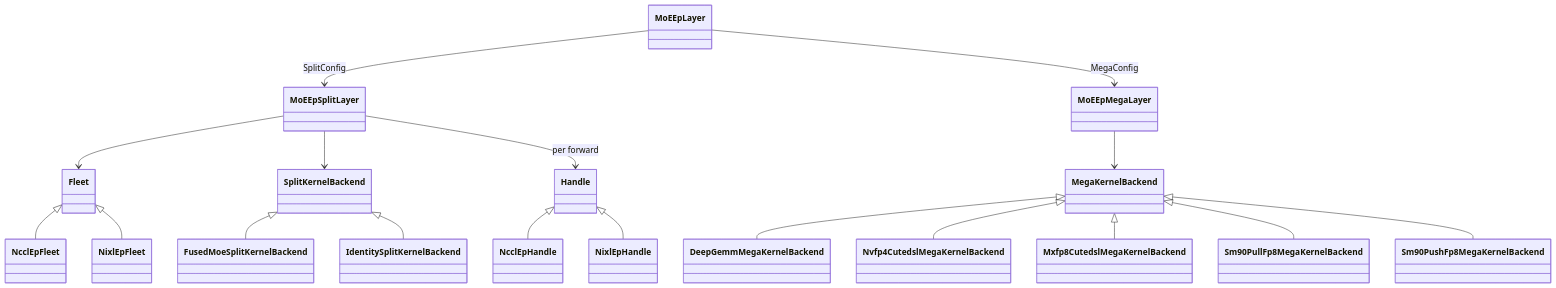
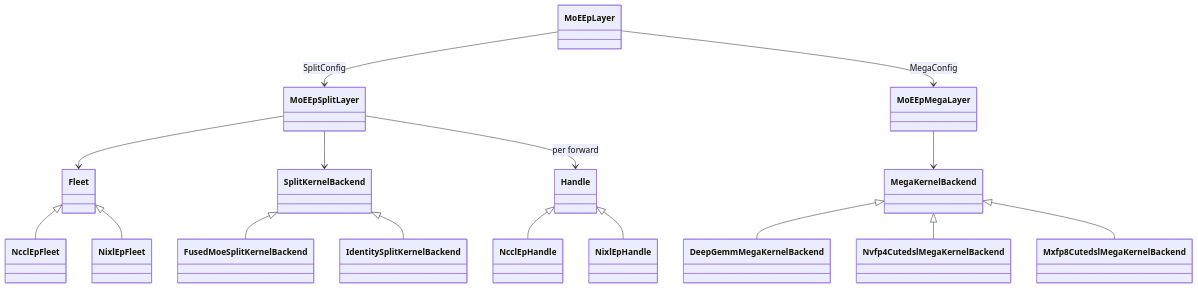
The first of 3 diagrams in docs/design_docs/moe_ep_architecture.md (flashinfer-ai/flashinfer), drawn with Mermaid before and after one commit. The commit also changed other lines of this file and 6 other files, not shown here.

````diff
--- a/docs/design_docs/moe_ep_architecture.md
+++ b/docs/design_docs/moe_ep_architecture.md
@@ -70,26 +67,24 @@
 ```mermaid
 classDiagram
     direction TB
 
     MoEEpLayer --> MoEEpSplitLayer : SplitConfig
     MoEEpLayer --> MoEEpMegaLayer : MegaConfig
 
     MoEEpSplitLayer --> Fleet
     MoEEpSplitLayer --> SplitKernelBackend
     MoEEpSplitLayer --> Handle : per forward
 
     MoEEpMegaLayer --> MegaKernelBackend
 
     Fleet <|-- NcclEpFleet
     Fleet <|-- NixlEpFleet
     Handle <|-- NcclEpHandle
     Handle <|-- NixlEpHandle
 
     SplitKernelBackend <|-- FusedMoeSplitKernelBackend
     SplitKernelBackend <|-- IdentitySplitKernelBackend
     MegaKernelBackend <|-- DeepGemmMegaKernelBackend
     MegaKernelBackend <|-- Nvfp4CutedslMegaKernelBackend
     MegaKernelBackend <|-- Mxfp8CutedslMegaKernelBackend
-    MegaKernelBackend <|-- Sm90PullFp8MegaKernelBackend
-    MegaKernelBackend <|-- Sm90PushFp8MegaKernelBackend
 ```
````
